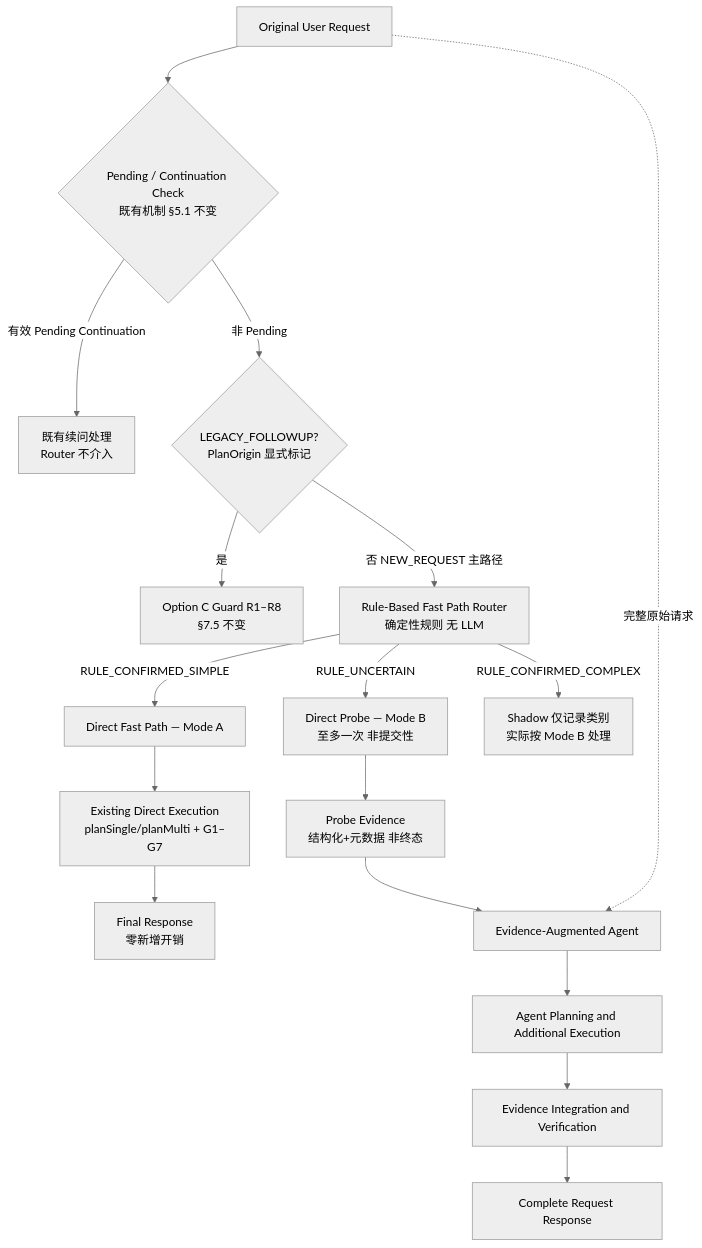
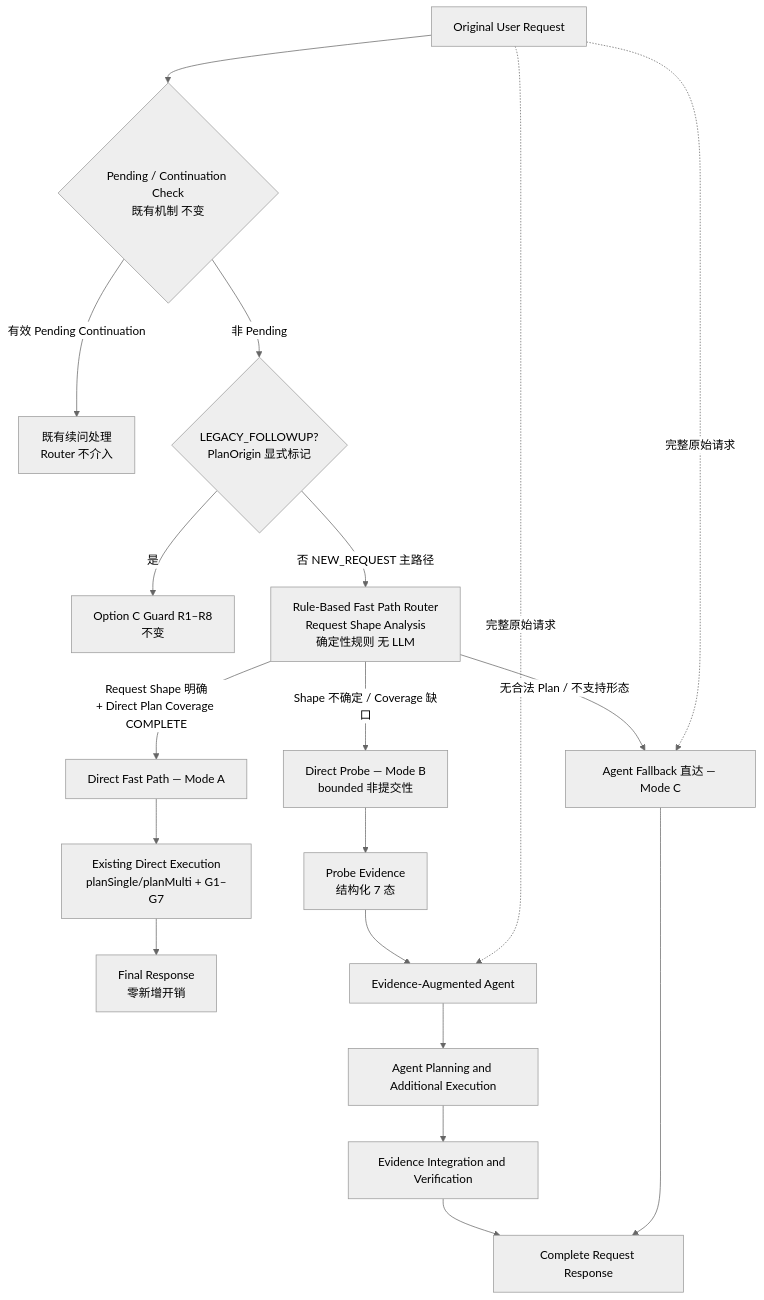
The diagram in analysis-project/docs/202611/Phase 0.1 — Architecture & Decision Baseline V2.md (mjuner97-alt/feature_aigent_data), drawn with Mermaid (neutral theme) before and after one commit. The commit also changed other lines of this file and 1 other file, not shown here.

First line of the commit message:
Phase 0.1 V2 基线按修订任务书从零重建：Request Shape Analysis 五视角 + 37 节契约 + 52 例 Golden Matrix + 1A-0~1A-12

````diff
--- a/analysis-project/docs/202611/Phase 0.1 — Architecture & Decision Baseline V2.md
+++ b/analysis-project/docs/202611/Phase 0.1 — Architecture & Decision Baseline V2.md
@@ -137,23 +153,25 @@
 ```mermaid
 flowchart TD
-    A[Original User Request] --> P{Pending / Continuation Check<br/>既有机制 §5.1 不变}
+    A[Original User Request] --> P{Pending / Continuation Check<br/>既有机制 不变}
     P -->|有效 Pending Continuation| PC[既有续问处理<br/>Router 不介入]
     P -->|非 Pending| F{LEGACY_FOLLOWUP?<br/>PlanOrigin 显式标记}
-    F -->|是| OC[Option C Guard R1–R8<br/>§7.5 不变]
-    F -->|否 NEW_REQUEST 主路径| B[Rule-Based Fast Path Router<br/>确定性规则 无 LLM]
+    F -->|是| OC[Option C Guard R1–R8<br/>不变]
+    F -->|否 NEW_REQUEST 主路径| B[Rule-Based Fast Path Router<br/>Request Shape Analysis<br/>确定性规则 无 LLM]
 
-    B -->|RULE_CONFIRMED_SIMPLE| C[Direct Fast Path — Mode A]
+    B -->|Request Shape 明确<br/>+ Direct Plan Coverage COMPLETE| C[Direct Fast Path — Mode A]
     C --> D[Existing Direct Execution<br/>planSingle/planMulti + G1–G7]
     D --> E[Final Response<br/>零新增开销]
 
-    B -->|RULE_UNCERTAIN| F2[Direct Probe — Mode B<br/>至多一次 非提交性]
-    F2 --> G[Probe Evidence<br/>结构化+元数据 非终态]
+    B -->|Shape 不确定 / Coverage 缺口| F2[Direct Probe — Mode B<br/>bounded 非提交性]
+    F2 --> G[Probe Evidence<br/>结构化 7 态]
 
     G --> H[Evidence-Augmented Agent]
     A -.完整原始请求.-> H
     H --> I[Agent Planning and Additional Execution]
     I --> J[Evidence Integration and Verification]
     J --> K[Complete Request Response]
 
-    B -->|RULE_CONFIRMED_COMPLEX| SH[Shadow 仅记录类别<br/>实际按 Mode B 处理]
+    B -->|无合法 Plan / 不支持形态| AG[Agent Fallback 直达 — Mode C]
+    A -.完整原始请求.-> AG
+    AG --> K
 ```
````
